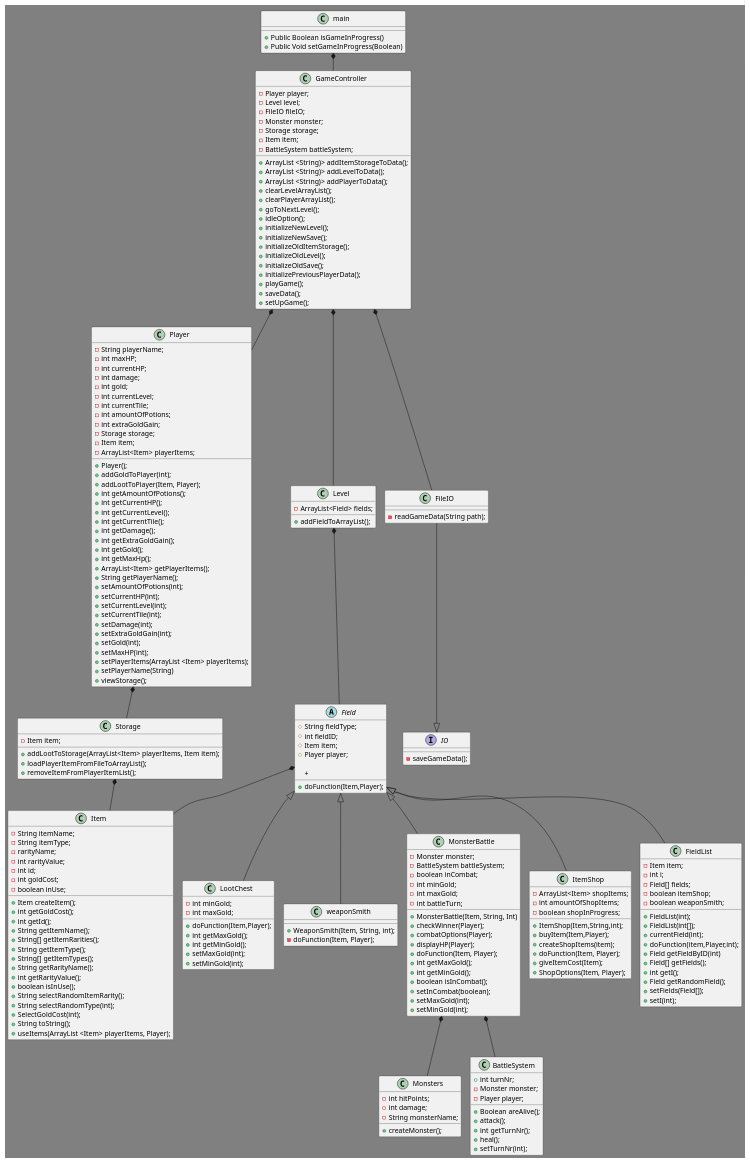
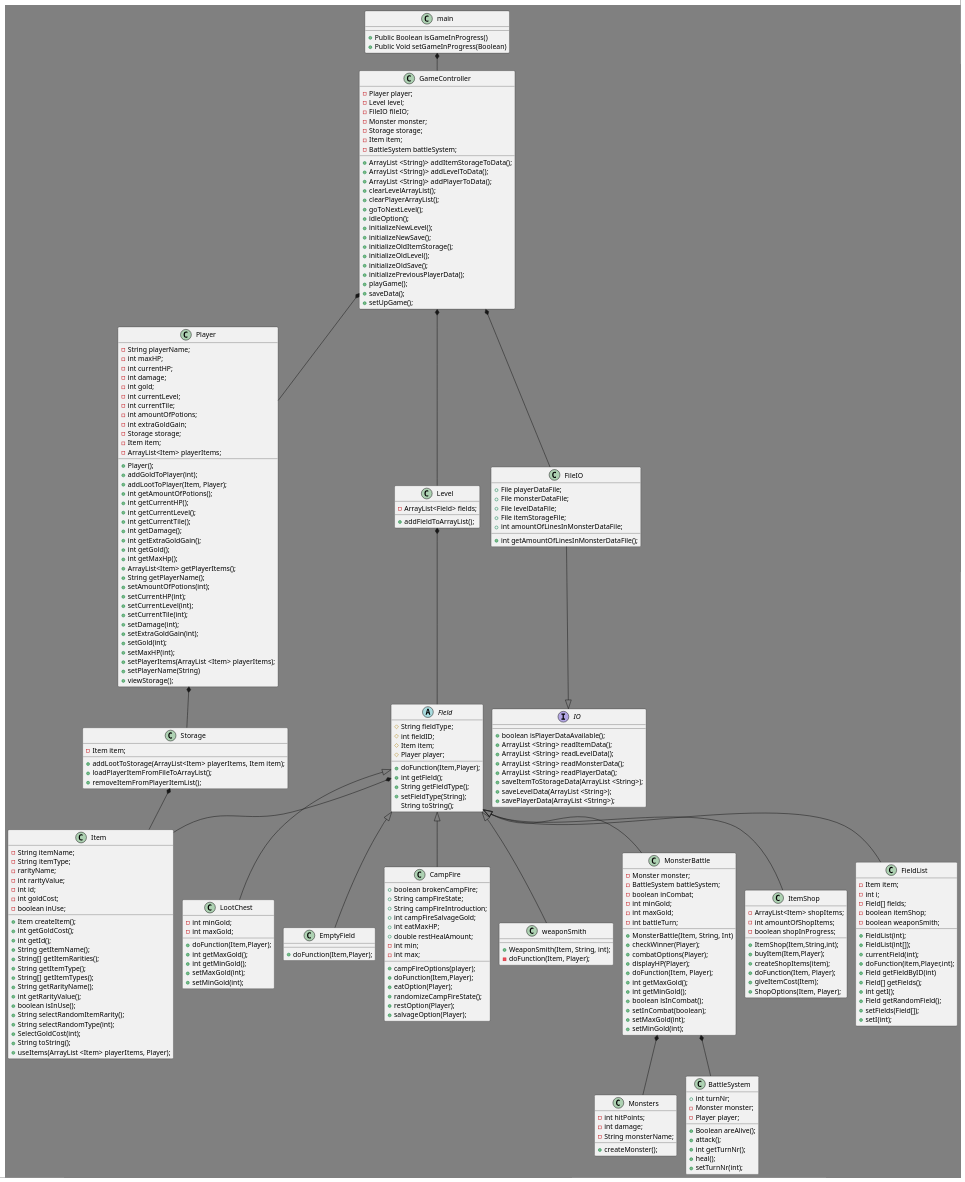
Before and after one commit to AbdullahMarwan/CPH-IceProject-DungeonCrawler: the diagram in src/main/resources/Class Diagram 2.puml, drawn with PlantUML.

Commit message:
Finished Class Diagram two

```diff
--- a/src/main/resources/Class Diagram 2.puml
+++ b/src/main/resources/Class Diagram 2.puml
@@ -2,7 +2,6 @@
 'https://plantuml.com/class-diagram
 
 !pragma layout smetana
-
 
 skinparam backgroundColor gray
 
@@ -49,8 +48,6 @@
     + setPlayerItems(ArrayList <Item> playerItems);
     + setPlayerName(String)
     + viewStorage();
-
-
 }
 
 class Monsters {
@@ -158,7 +155,32 @@
     # Player player;
 
     + doFunction(Item,Player);
-    +
+    + int getField();
+    + String getFieldType();
+    + setFieldType(String);
+    String toString();
+}
+
+class EmptyField{
+    + doFunction(Item,Player);
+}
+
+class CampFire{
+    + boolean brokenCampFire;
+    + String campFireState;
+    + String campFireIntroduction;
+    + int campFireSalvageGold;
+    + int eatMaxHP;
+    + double restHealAmount;
+    - int min;
+    - int max;
+
+    + campFireOptions(player);
+    + doFunction(Item,Player);
+    + eatOption(Player);
+    + randomizeCampFireState();
+    + restOption(Player);
+    + salvageOption(Player);
 }
 
 class weaponSmith{
@@ -220,12 +242,24 @@
 }
 
 interface IO {
-    - saveGameData();
-
+    + boolean isPlayerDataAvailable();
+    + ArrayList <String> readItemData();
+    + ArrayList <String> readLevelData();
+    + ArrayList <String> readMonsterData();
+    + ArrayList <String> readPlayerData();
+    + saveItemToStorageData(ArrayList <String>);
+    + saveLevelData(ArrayList <String>);
+    + savePlayerData(ArrayList <String>);
 }
 
 class FileIO {
-    - readGameData(String path);
+    + File playerDataFile;
+    + File monsterDataFile;
+    + File levelDataFile;
+    + File itemStorageFile;
+    + int amountOfLinesInMonsterDataFile;
+
+    + int getAmountOfLinesInMonsterDataFile();
 }
 
 main *-- GameController
@@ -234,6 +268,8 @@
 Player *-- Storage
 Storage *-- Item
 Level *-- Field
+Field <|-- EmptyField
+Field <|-- CampFire
 Field <|-- ItemShop
 Field <|-- LootChest
 Field <|-- weaponSmith
@@ -244,8 +280,6 @@
 MonsterBattle *-- BattleSystem
 
 FileIO --|> IO
-'Spørg om pilen fra IO vender rigtigt'
-
 Field *-- Item
 
 @enduml
```
